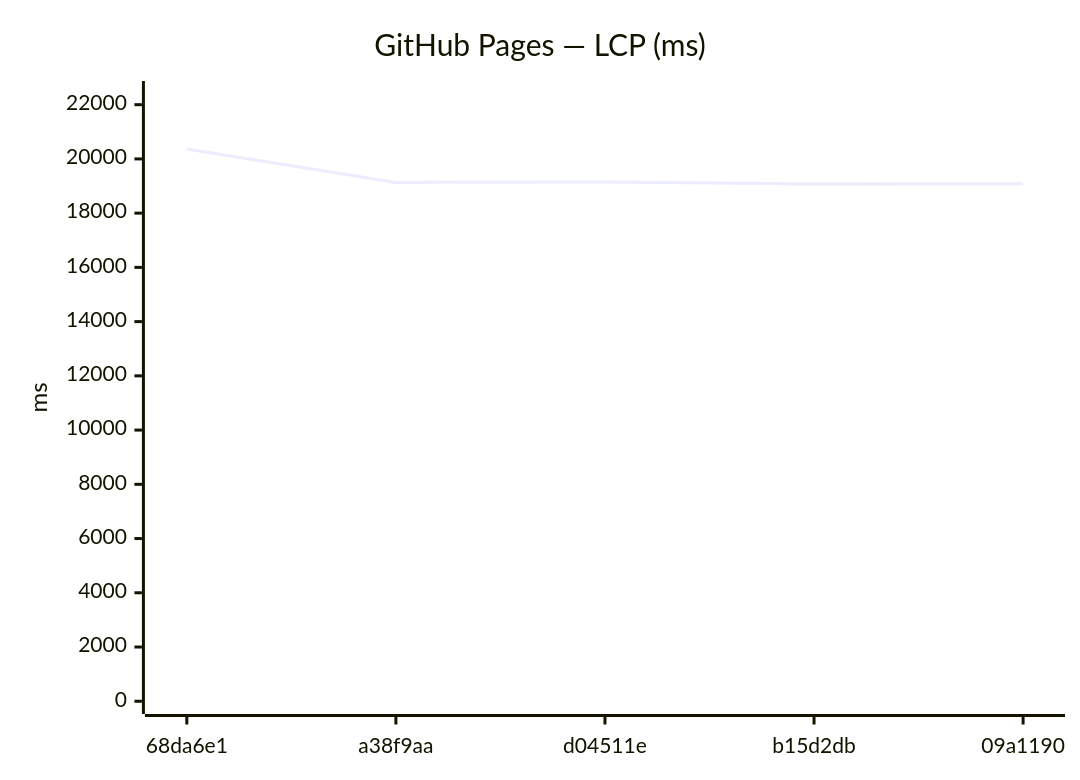
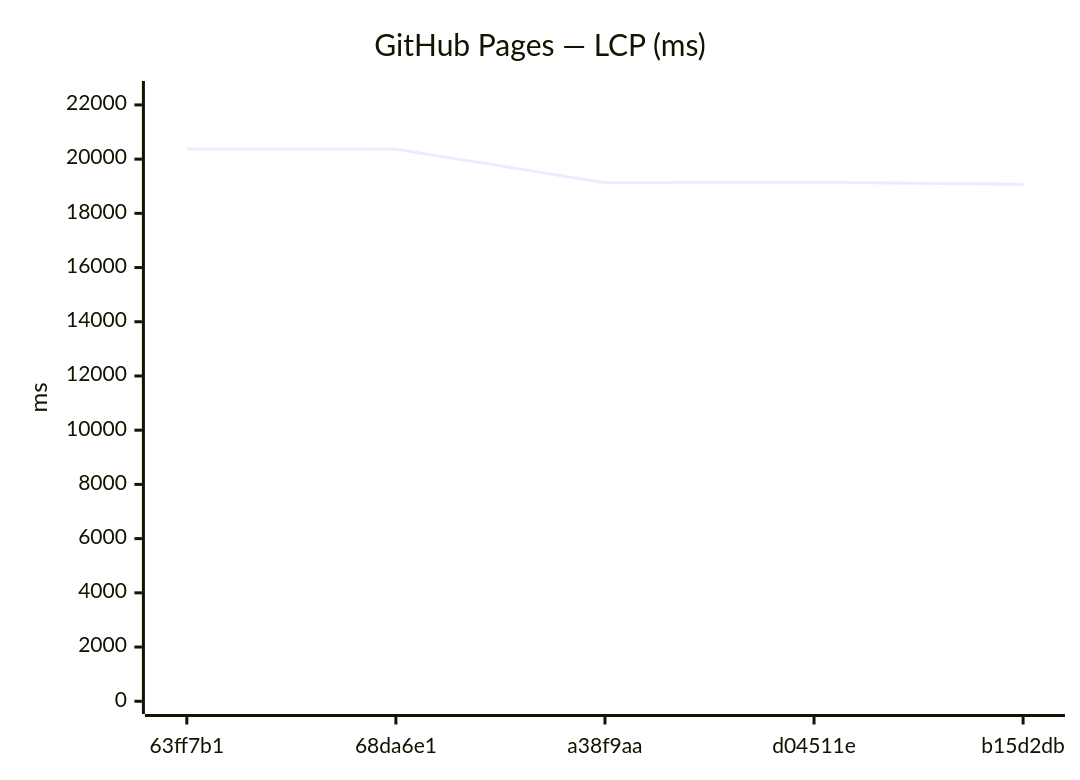
One commit to Metaheurist/Rianell changed the ninth of 18 diagrams in benchmarks/compare.md. Above: the diagram before and after it, drawn with Mermaid. The commit also changed other lines of this file and 11 other files, not shown here.

````diff
--- a/benchmarks/compare.md
+++ b/benchmarks/compare.md
@@ -142,7 +142,7 @@
 ```mermaid
 xychart-beta
     title "GitHub Pages — LCP (ms)"
-    x-axis ["68da6e1", "a38f9aa", "d04511e", "b15d2db", "09a1190"]
-    y-axis "ms" 0 --> 22403
-    line [20366, 19133, 19145, 19077, 19086]
+    x-axis ["63ff7b1", "68da6e1", "a38f9aa", "d04511e", "b15d2db"]
+    y-axis "ms" 0 --> 22412
+    line [20374, 20366, 19133, 19145, 19077]
 ```
````
